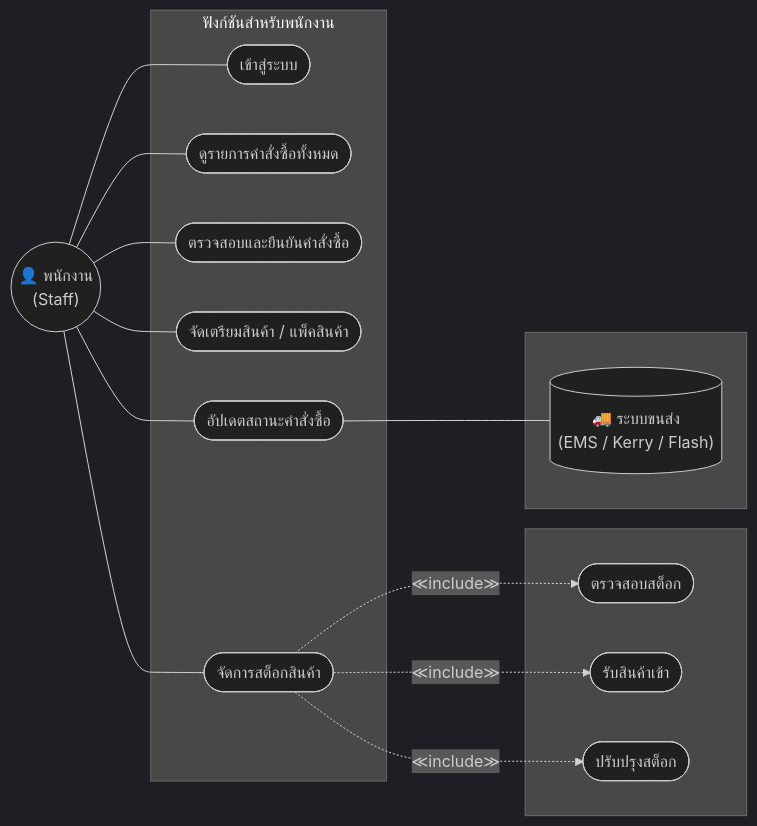
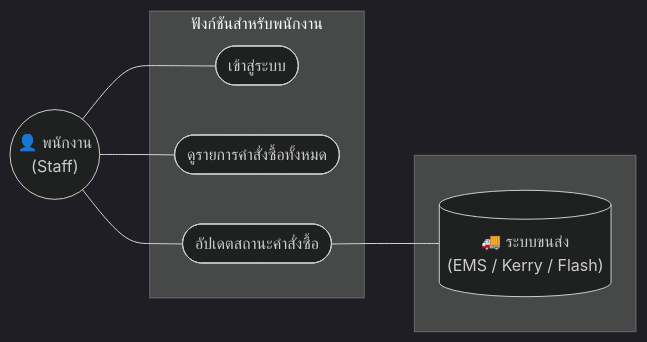
The second of 8 diagrams in README.md (ArGusmumumimi/PC-Center-), drawn with Mermaid (dark theme) before and after one commit. The commit also changed other lines of this file, not shown here.

````diff
--- a/README.md
+++ b/README.md
@@ -174,35 +215,20 @@
 ```mermaid
 flowchart LR
     Staff(("👤 พนักงาน\n(Staff)"))
 
     subgraph OnlineStore_Staff["ฟังก์ชันสำหรับพนักงาน"]
         US1([เข้าสู่ระบบ])
         US2([ดูรายการคำสั่งซื้อทั้งหมด])
-        US3([ตรวจสอบและยืนยันคำสั่งซื้อ])
-        US4(["จัดเตรียมสินค้า / แพ็คสินค้า"])
-        US5([อัปเดตสถานะคำสั่งซื้อ])
-        US6([จัดการสต็อกสินค้า])
-    end
-
-    subgraph include_stock[" "]
-        US6I1([ตรวจสอบสต็อก])
-        US6I2([รับสินค้าเข้า])
-        US6I3([ปรับปรุงสต็อก])
+        US3([อัปเดตสถานะคำสั่งซื้อ])
     end
 
     subgraph ExtServices_2[" "]
         EXT2[("🚚 ระบบขนส่ง\n(EMS / Kerry / Flash)")]
     end
 
     Staff --- US1
     Staff --- US2
     Staff --- US3
-    Staff --- US4
-    Staff --- US5
-    Staff --- US6
 
-    US6 -. "≪include≫" .-> US6I1
-    US6 -. "≪include≫" .-> US6I2
-    US6 -. "≪include≫" .-> US6I3
-    US5 --- EXT2
+    US3 --- EXT2
 ```
````
